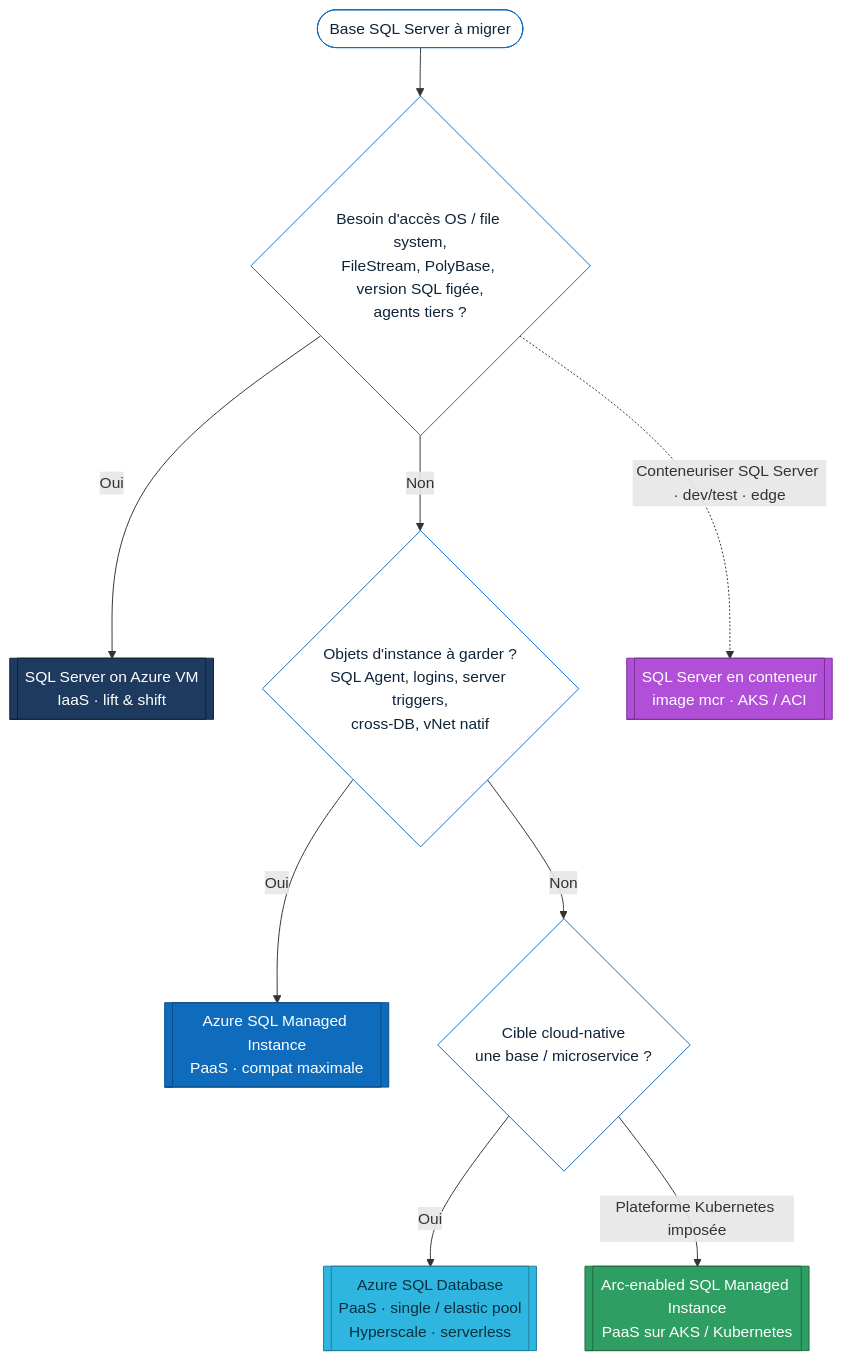
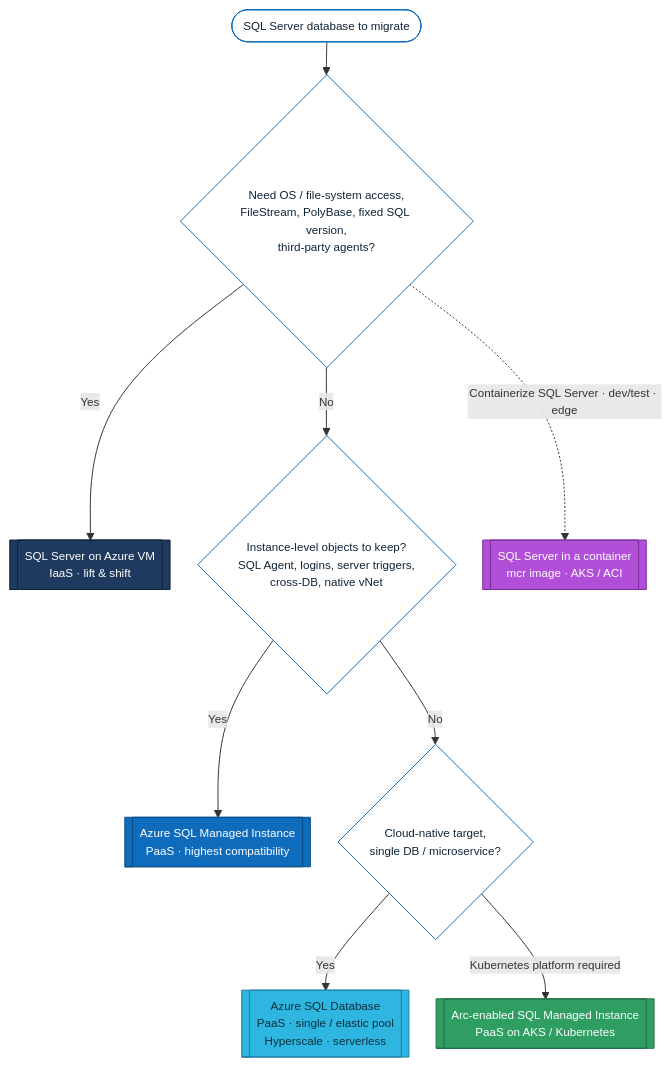
Before and after one commit to fredgis/FY27SQLMotion: the first of 3 diagrams in docs/sql-server-to-azure-migration.md, drawn with Mermaid. The commit also changed other lines of this file, not shown here.

Commit message:
docs: translate SQL-to-Azure migration reference to English + compact mermaid

````diff
--- a/docs/sql-server-to-azure-migration.md
+++ b/docs/sql-server-to-azure-migration.md
@@ -11,24 +11,25 @@
 ```mermaid
+%%{init: {'flowchart': {'nodeSpacing': 28, 'rankSpacing': 34}, 'themeVariables': {'fontSize': '12px'}}}%%
 flowchart TD
-    A([Base SQL Server à migrer]) --> B{Besoin d'accès OS / file system,<br/>FileStream, PolyBase, version SQL figée,<br/>agents tiers ?}
-    B -->|Oui| VM[[SQL Server on Azure VM<br/>IaaS · lift &amp; shift]]
-    B -->|Non| C{Objets d'instance à garder ?<br/>SQL Agent, logins, server triggers,<br/>cross-DB, vNet natif}
-    C -->|Oui| MI[[Azure SQL Managed Instance<br/>PaaS · compat maximale]]
-    C -->|Non| D{Cible cloud-native<br/>une base / microservice ?}
-    D -->|Oui| DB[[Azure SQL Database<br/>PaaS · single / elastic pool<br/>Hyperscale · serverless]]
-    D -->|"Plateforme Kubernetes imposée"| K[[Arc-enabled SQL Managed Instance<br/>PaaS sur AKS / Kubernetes]]
-    B -.->|"Conteneuriser SQL Server · dev/test · edge"| CT[[SQL Server en conteneur<br/>image mcr · AKS / ACI]]
+    A([SQL Server database to migrate]) --> B{Need OS / file-system access,<br/>FileStream, PolyBase, fixed SQL version,<br/>third-party agents?}
+    B -->|Yes| VM[[SQL Server on Azure VM<br/>IaaS · lift &amp; shift]]
+    B -->|No| C{Instance-level objects to keep?<br/>SQL Agent, logins, server triggers,<br/>cross-DB, native vNet}
+    C -->|Yes| MI[[Azure SQL Managed Instance<br/>PaaS · highest compatibility]]
+    C -->|No| D{Cloud-native target,<br/>single DB / microservice?}
+    D -->|Yes| DB[[Azure SQL Database<br/>PaaS · single / elastic pool<br/>Hyperscale · serverless]]
+    D -->|"Kubernetes platform required"| K[[Arc-enabled SQL Managed Instance<br/>PaaS on AKS / Kubernetes]]
+    B -.->|"Containerize SQL Server · dev/test · edge"| CT[[SQL Server in a container<br/>mcr image · AKS / ACI]]
 
     classDef vm fill:#1F3A5F,stroke:#0F2438,color:#fff;
     classDef mi fill:#0F6CBD,stroke:#0A4C86,color:#fff;
     classDef db fill:#2FB6E0,stroke:#1C7FA0,color:#08303f;
     classDef arc fill:#2E9E63,stroke:#1F6B43,color:#fff;
     classDef ct fill:#B14FD8,stroke:#7A2E97,color:#fff;
     classDef start fill:#fff,stroke:#0F6CBD,color:#0F2438;
     class A,B,C,D start;
     class VM vm;
     class MI mi;
     class DB db;
     class K arc;
     class CT ct;
 ```
````
